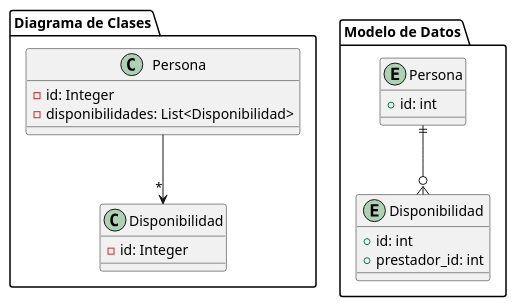
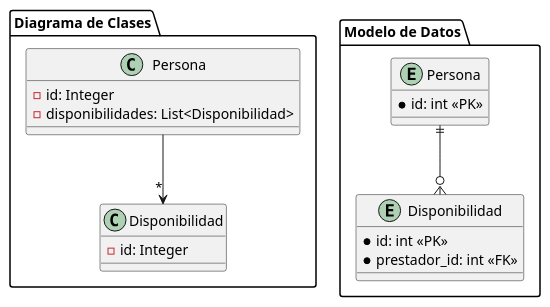
Before and after one commit to nachovilla123/apunte-persistencia: the diagram in Alternativa2mapeoOneTOMany.puml, drawn with PlantUML. The commit also changed 14 other files, not shown here.

```diff
--- a/Alternativa2mapeoOneTOMany.puml
+++ b/Alternativa2mapeoOneTOMany.puml
@@ -1,27 +1,27 @@
 @startuml
 package "Diagrama de Clases" {
     class Persona {
         -id: Integer
         -disponibilidades: List<Disponibilidad>
     }
 
     class Disponibilidad {
         -id: Integer
     }
 
     Persona -->"*" Disponibilidad
 }
 
 package "Modelo de Datos" {
     entity "Persona" as persona {
-        +id: int
+        *id: int <<PK>>
     }
 
     entity "Disponibilidad" as disponibilidad {
-        +id: int
-        +prestador_id: int
+        *id: int <<PK>>
+        *prestador_id: int <<FK>>
     }
 
     persona ||--o{ disponibilidad
 }
 @enduml
```
